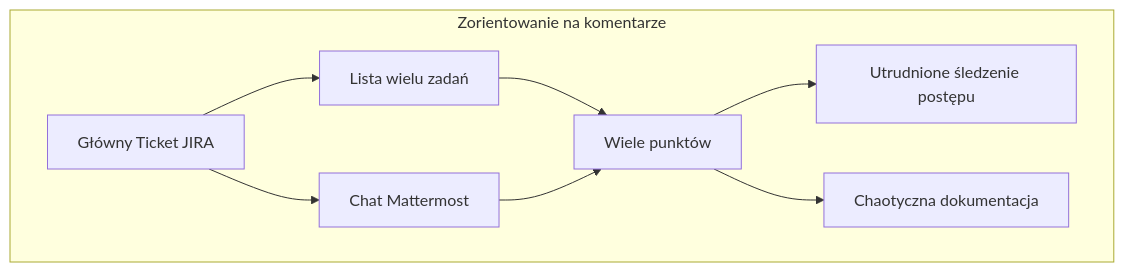
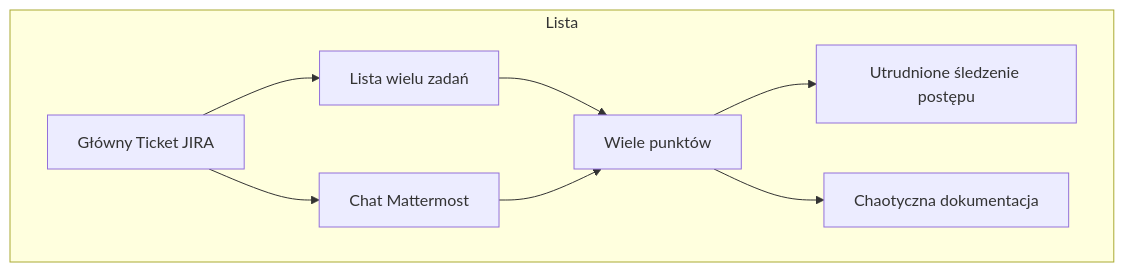
Before and after one commit to tom-sapletta-com/komunikacja: the first of 3 diagrams in README.md, drawn with Mermaid. The commit also changed other lines of this file, not shown here.

````diff
--- a/README.md
+++ b/README.md
@@ -7,11 +7,11 @@
 ```mermaid
 graph TB
-    subgraph Zorientowanie na komentarze
+    subgraph Lista
         A[Główny Ticket JIRA] --> B[Lista wielu zadań]
         A --> C[Chat Mattermost]
         B --> D[Wiele punktów]
         C --> D
         D --> E[Utrudnione śledzenie postępu]
         D --> F[Chaotyczna dokumentacja]        
     end
 ```
````
